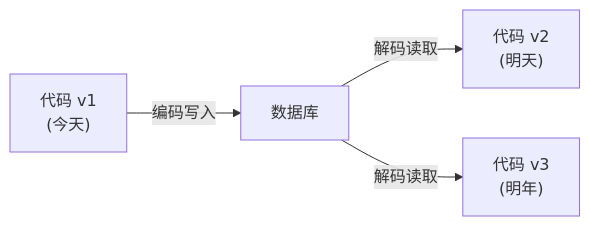
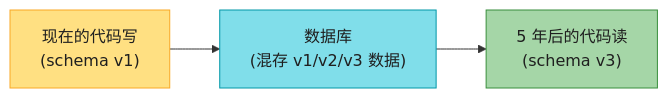
Before and after one commit to socoo123/ddia_2nd: the eighth of 14 diagrams in ch05-编码与演化.md, drawn with Mermaid. The commit also changed other lines of this file and 8 other files, not shown here.

First line of the commit message:
重写 ch01-ch09 读书笔记：风格统一 + 内容扩充 + 大量图表

````diff
--- a/ch05-编码与演化.md
+++ b/ch05-编码与演化.md
@@ -452,6 +310,12 @@
 ```mermaid
-graph LR
-    V1["代码 v1<br/>(今天)"] -->|"编码写入"| DB["数据库"]
-    DB -->|"解码读取"| V2["代码 v2<br/>(明天)"]
-    DB -->|"解码读取"| V3["代码 v3<br/>(明年)"]
+flowchart LR
+    NOW["现在的代码写<br/>(schema v1)"]
+    DB["数据库<br/>(混存 v1/v2/v3 数据)"]
+    FUTURE["5 年后的代码读<br/>(schema v3)"]
+
+    NOW --> DB --> FUTURE
+
+    style NOW fill:#FFE082,stroke:#F9A825,color:#1f1f1f
+    style DB fill:#80DEEA,stroke:#0097A7,color:#1f1f1f
+    style FUTURE fill:#A5D6A7,stroke:#388E3C,color:#1f1f1f
 ```
````
